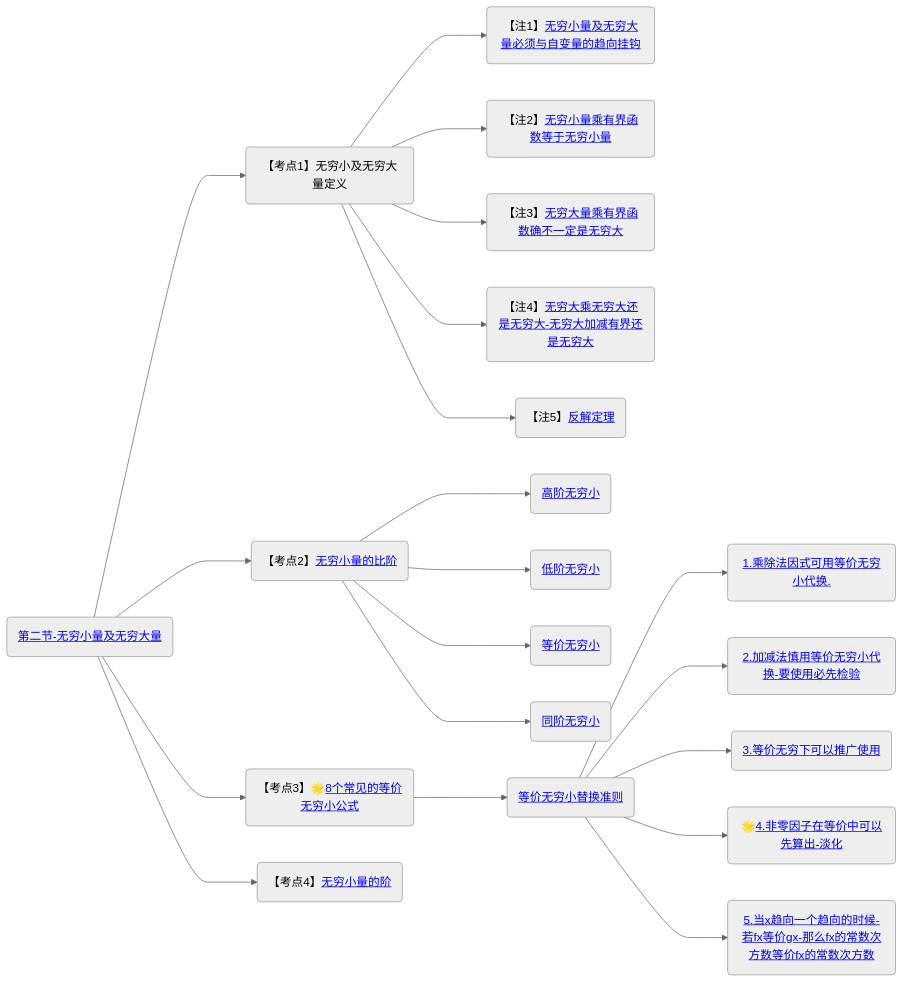
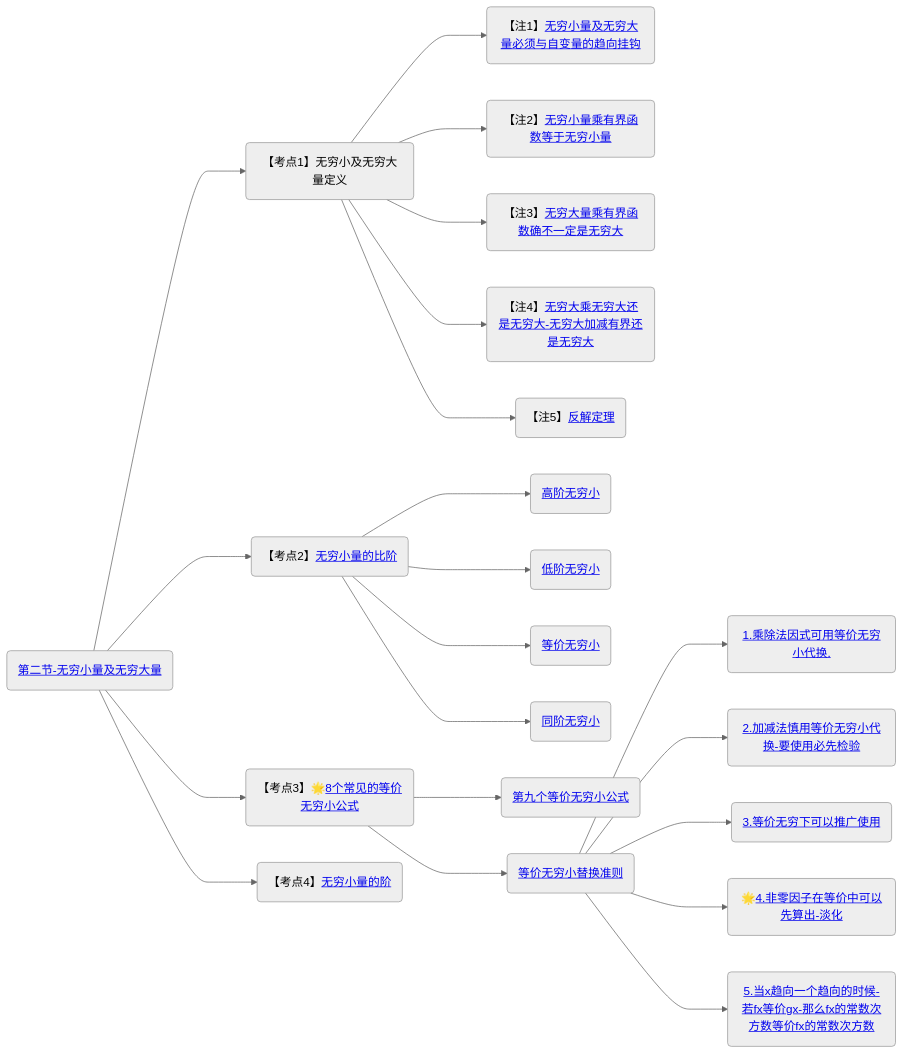
Before and after one commit to yuebinghui/note: the second of 2 diagrams in 笔记/数学/周洋鑫/基础班/00.大纲.md, drawn with Mermaid (neutral theme). The commit also changed 4 other files, not shown here.

````diff
--- a/笔记/数学/周洋鑫/基础班/00.大纲.md
+++ b/笔记/数学/周洋鑫/基础班/00.大纲.md
@@ -41,31 +41,32 @@
 ```mermaid
 graph LR
 
 第二节-无穷小量及无穷大量(<a href="/Users/yuebinghui/Documents/program/github/note/笔记/数学/周洋鑫/基础班/02.无穷小量及无穷大量.md#第二节-无穷小量及无穷大量">第二节-无穷小量及无穷大量</>)
 
 第二节-无穷小量及无穷大量--->无穷小及无穷大量定义(【考点1】无穷小及无穷大量定义)
 
 无穷小及无穷大量定义--->无穷小量及无穷大量必须与自变量的趋向挂钩(【注1】<a href="/Users/yuebinghui/Documents/program/github/note/笔记/数学/周洋鑫/基础班/02.无穷小量及无穷大量.md#无穷小量及无穷大量必须与自变量的趋向挂钩">无穷小量及无穷大量必须与自变量的趋向挂钩</>)
 无穷小及无穷大量定义--->无穷小量乘有界函数等于无穷小量(【注2】<a href="/Users/yuebinghui/Documents/program/github/note/笔记/数学/周洋鑫/基础班/02.无穷小量及无穷大量.md#无穷小量乘有界函数等于无穷小量">无穷小量乘有界函数等于无穷小量</>)
 无穷小及无穷大量定义--->无穷大量乘有界函数确不一定是无穷大(【注3】<a href="/Users/yuebinghui/Documents/program/github/note/笔记/数学/周洋鑫/基础班/02.无穷小量及无穷大量.md#无穷大量乘有界函数确不一定是无穷大">无穷大量乘有界函数确不一定是无穷大</>)
 无穷小及无穷大量定义--->无穷大乘无穷大还是无穷大-无穷大加减有界还是无穷大(【注4】<a href="/Users/yuebinghui/Documents/program/github/note/笔记/数学/周洋鑫/基础班/02.无穷小量及无穷大量.md#无穷大乘无穷大还是无穷大-无穷大加减有界还是无穷大">无穷大乘无穷大还是无穷大-无穷大加减有界还是无穷大</>)
 无穷小及无穷大量定义--->反解定理(【注5】<a href="/Users/yuebinghui/Documents/program/github/note/笔记/数学/周洋鑫/基础班/02.无穷小量及无穷大量.md#反解定理">反解定理</>)
 
 第二节-无穷小量及无穷大量--->无穷小量的比阶(【考点2】<a href="/Users/yuebinghui/Documents/program/github/note/笔记/数学/周洋鑫/基础班/02.无穷小量及无穷大量.md#无穷小量的比阶">无穷小量的比阶</>)
 无穷小量的比阶--->高阶无穷小(<a href="/Users/yuebinghui/Documents/program/github/note/笔记/数学/周洋鑫/基础班/02.无穷小量及无穷大量.md#高阶无穷小">高阶无穷小</>)
 无穷小量的比阶--->低阶无穷小(<a href="/Users/yuebinghui/Documents/program/github/note/笔记/数学/周洋鑫/基础班/02.无穷小量及无穷大量.md#低阶无穷小">低阶无穷小</>)
 无穷小量的比阶--->等价无穷小(<a href="/Users/yuebinghui/Documents/program/github/note/笔记/数学/周洋鑫/基础班/02.无穷小量及无穷大量.md#等价无穷小">等价无穷小</>)
 无穷小量的比阶--->同阶无穷小(<a href="/Users/yuebinghui/Documents/program/github/note/笔记/数学/周洋鑫/基础班/02.无穷小量及无穷大量.md#同阶无穷小">同阶无穷小</>)
 
 第二节-无穷小量及无穷大量--->8个常见的等价无穷小公式(【考点3】🌟<a href="/Users/yuebinghui/Documents/program/github/note/笔记/数学/周洋鑫/基础班/02.无穷小量及无穷大量.md#8个常见的等价无穷小公式">8个常见的等价无穷小公式</>)
+8个常见的等价无穷小公式--->第九个等价无穷小公式(<a href="/Users/yuebinghui/Documents/program/github/note/笔记/数学/周洋鑫/基础班/02.无穷小量及无穷大量.md#第九个等价无穷小公式">第九个等价无穷小公式</>)
 8个常见的等价无穷小公式--->等价无穷小替换准则(<a href="/Users/yuebinghui/Documents/program/github/note/笔记/数学/周洋鑫/基础班/02.无穷小量及无穷大量.md#等价无穷小替换准则">等价无穷小替换准则</>)
 等价无穷小替换准则--->1.乘除法因式可用等价无穷小代换.(<a href="/Users/yuebinghui/Documents/program/github/note/笔记/数学/周洋鑫/基础班/02.无穷小量及无穷大量.md#1.乘除法因式可用等价无穷小代换.">1.乘除法因式可用等价无穷小代换.</>)
 等价无穷小替换准则--->2.加减法慎用等价无穷小代换-要使用必先检验(<a href="/Users/yuebinghui/Documents/program/github/note/笔记/数学/周洋鑫/基础班/02.无穷小量及无穷大量.md#2.加减法慎用等价无穷小代换-要使用必先检验">2.加减法慎用等价无穷小代换-要使用必先检验</>)
 等价无穷小替换准则--->3.等价无穷下可以推广使用(<a href="/Users/yuebinghui/Documents/program/github/note/笔记/数学/周洋鑫/基础班/02.无穷小量及无穷大量.md#3.等价无穷下可以推广使用">3.等价无穷下可以推广使用</>)
 等价无穷小替换准则--->4.非零因子在等价中可以先算出-淡化(🌟<a href="/Users/yuebinghui/Documents/program/github/note/笔记/数学/周洋鑫/基础班/02.无穷小量及无穷大量.md#4.非零因子在等价中可以先算出-淡化">4.非零因子在等价中可以先算出-淡化</>)
 等价无穷小替换准则--->5.当x趋向一个趋向的时候-若fx等价gx-那么fx的常数次方数等价fx的常数次方数(<a href="/Users/yuebinghui/Documents/program/github/note/笔记/数学/周洋鑫/基础班/02.无穷小量及无穷大量.md#5.当x趋向一个趋向的时候-若fx等价gx-那么fx的常数次方数等价fx的常数次方数">5.当x趋向一个趋向的时候-若fx等价gx-那么fx的常数次方数等价fx的常数次方数</>)
 
 第二节-无穷小量及无穷大量--->无穷小量的阶(【考点4】<a href="/Users/yuebinghui/Documents/program/github/note/笔记/数学/周洋鑫/基础班/02.无穷小量及无穷大量.md#无穷小量的阶">无穷小量的阶</>)
 
 
 ```
````
